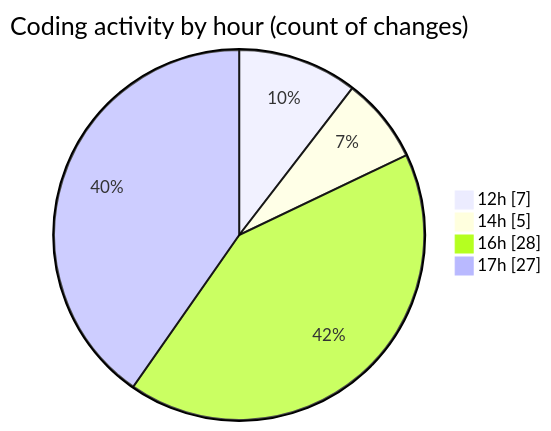
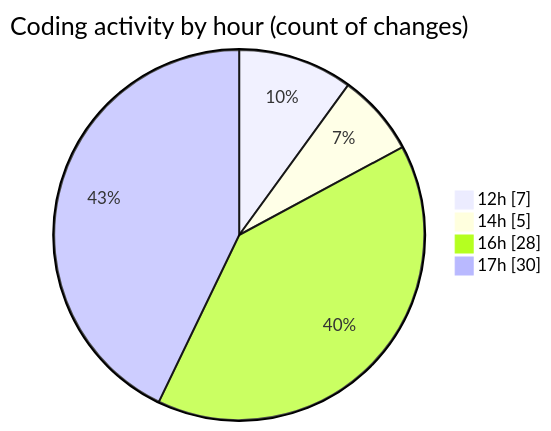
One commit to julien-gomy/code-tracking changed the second of 2 diagrams in 2025-10-06/eventscop-frontend-guide__workspace_/README.md. Above: the diagram before and after it, drawn with Mermaid. The commit also changed other lines of this file and 1 other file, not shown here.

````diff
--- a/2025-10-06/eventscop-frontend-guide__workspace_/README.md
+++ b/2025-10-06/eventscop-frontend-guide__workspace_/README.md
@@ -58,8 +58,8 @@
 ```mermaid
 pie showData
 title Coding activity by hour (count of changes)
 "12h" : 7
 "14h" : 5
 "16h" : 28
-"17h" : 27
+"17h" : 30
 ```
````
